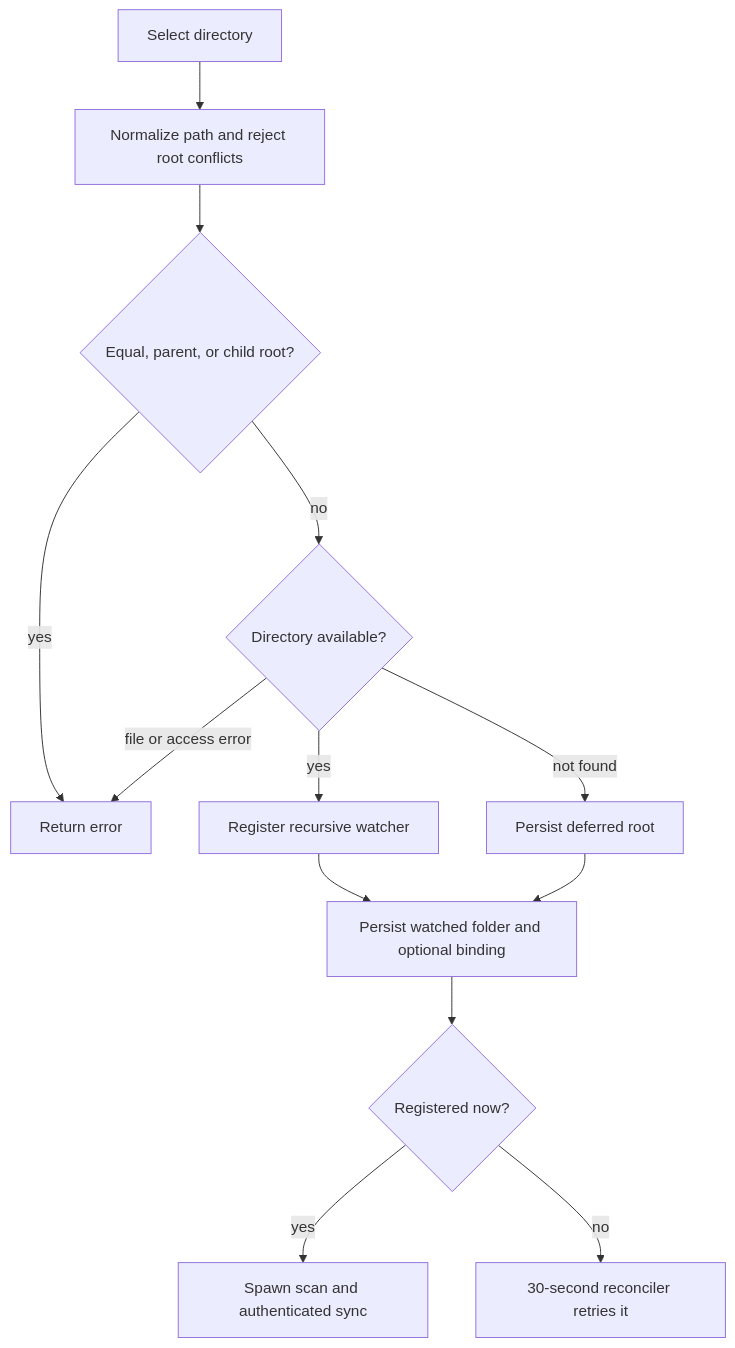
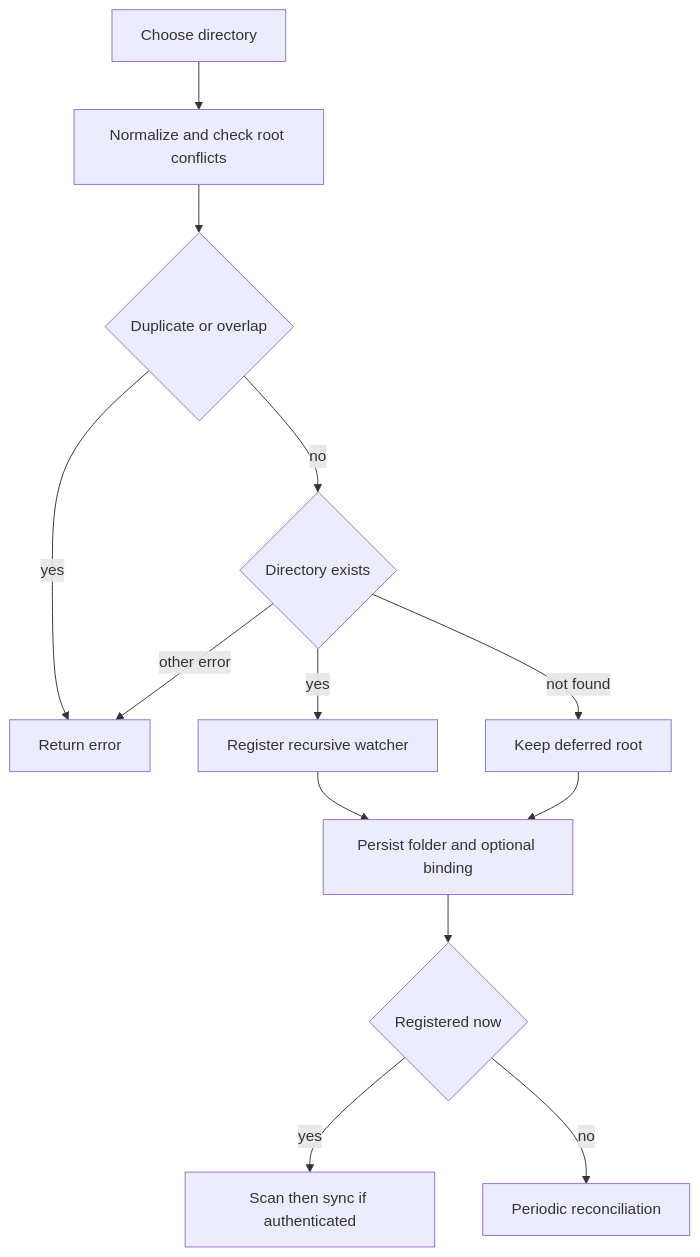
One commit to xXRoxXeRXx/lymic changed the first of 3 diagrams in openwiki/workflows/watched-folders.md. Above: the diagram before and after it, drawn with Mermaid. The commit also changed other lines of this file and 28 other files, not shown here.

````diff
--- a/openwiki/workflows/watched-folders.md
+++ b/openwiki/workflows/watched-folders.md
@@ -57,15 +61,15 @@
 ```mermaid
 flowchart TD
-    Select["Select directory"] --> Validate["Normalize path and reject root conflicts"]
-    Validate --> Conflict{"Equal, parent, or child root?"}
+    Pick["Choose directory"] --> Check["Normalize and check root conflicts"]
+    Check --> Conflict{"Duplicate or overlap"}
     Conflict -->|yes| Reject["Return error"]
-    Conflict -->|no| Available{"Directory available?"}
-    Available -->|yes| Watch["Register recursive watcher"]
-    Available -->|not found| Deferred["Persist deferred root"]
-    Available -->|file or access error| Reject
-    Watch --> Persist["Persist watched folder and optional binding"]
+    Conflict -->|no| Available{"Directory exists"}
+    Available -->|yes| Register["Register recursive watcher"]
+    Available -->|not found| Deferred["Keep deferred root"]
+    Available -->|other error| Reject
+    Register --> Persist["Persist folder and optional binding"]
     Deferred --> Persist
-    Persist --> Scan{"Registered now?"}
-    Scan -->|yes| Initial["Spawn scan and authenticated sync"]
-    Scan -->|no| Reconcile["30-second reconciler retries it"]
+    Persist --> Active{"Registered now"}
+    Active -->|yes| Scan["Scan then sync if authenticated"]
+    Active -->|no| Retry["Periodic reconciliation"]
 ```
````
